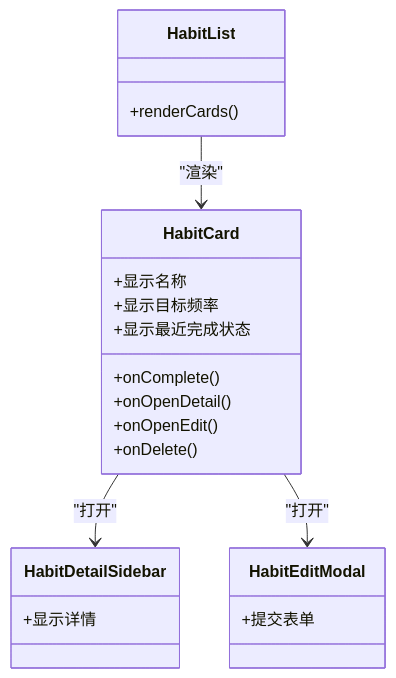
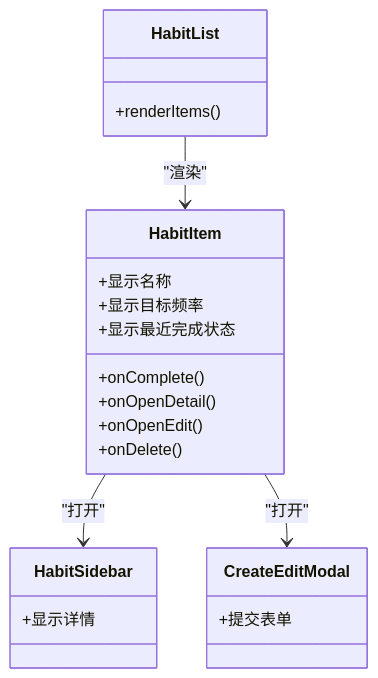
Before and after one commit to gzdxhujiale/FishWorker: the third of 8 diagrams in .qoder/repowiki/zh/content/核心功能模块/习惯追踪系统.md, drawn with Mermaid. The commit also changed other lines of this file and 19 other files, not shown here.

````diff
--- a/.qoder/repowiki/zh/content/核心功能模块/习惯追踪系统.md
+++ b/.qoder/repowiki/zh/content/核心功能模块/习惯追踪系统.md
@@ -175,24 +167,24 @@
 ```mermaid
 classDiagram
-class HabitCard {
+class HabitItem {
 +显示名称
 +显示目标频率
 +显示最近完成状态
 +onComplete()
 +onOpenDetail()
 +onOpenEdit()
 +onDelete()
 }
 class HabitList {
-+renderCards()
++renderItems()
 }
-class HabitDetailSidebar {
+class HabitSidebar {
 +显示详情
 }
-class HabitEditModal {
+class CreateEditModal {
 +提交表单
 }
-HabitList --> HabitCard : "渲染"
-HabitCard --> HabitDetailSidebar : "打开"
-HabitCard --> HabitEditModal : "打开"
+HabitList --> HabitItem : "渲染"
+HabitItem --> HabitSidebar : "打开"
+HabitItem --> CreateEditModal : "打开"
 ```
````
